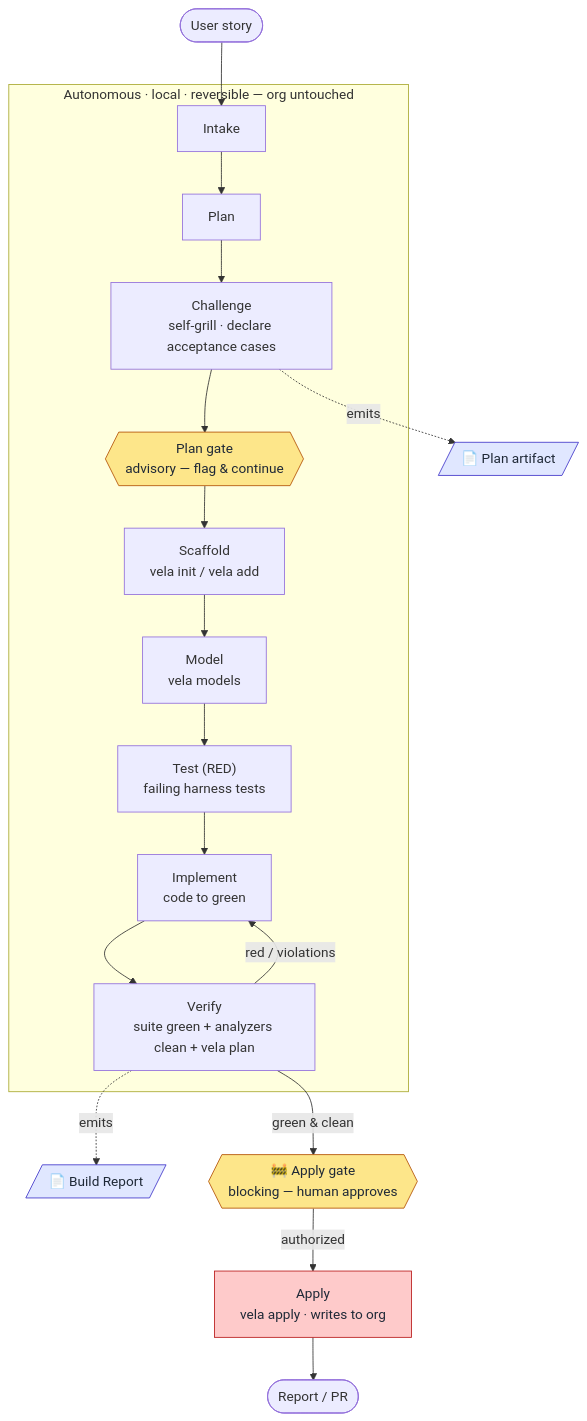
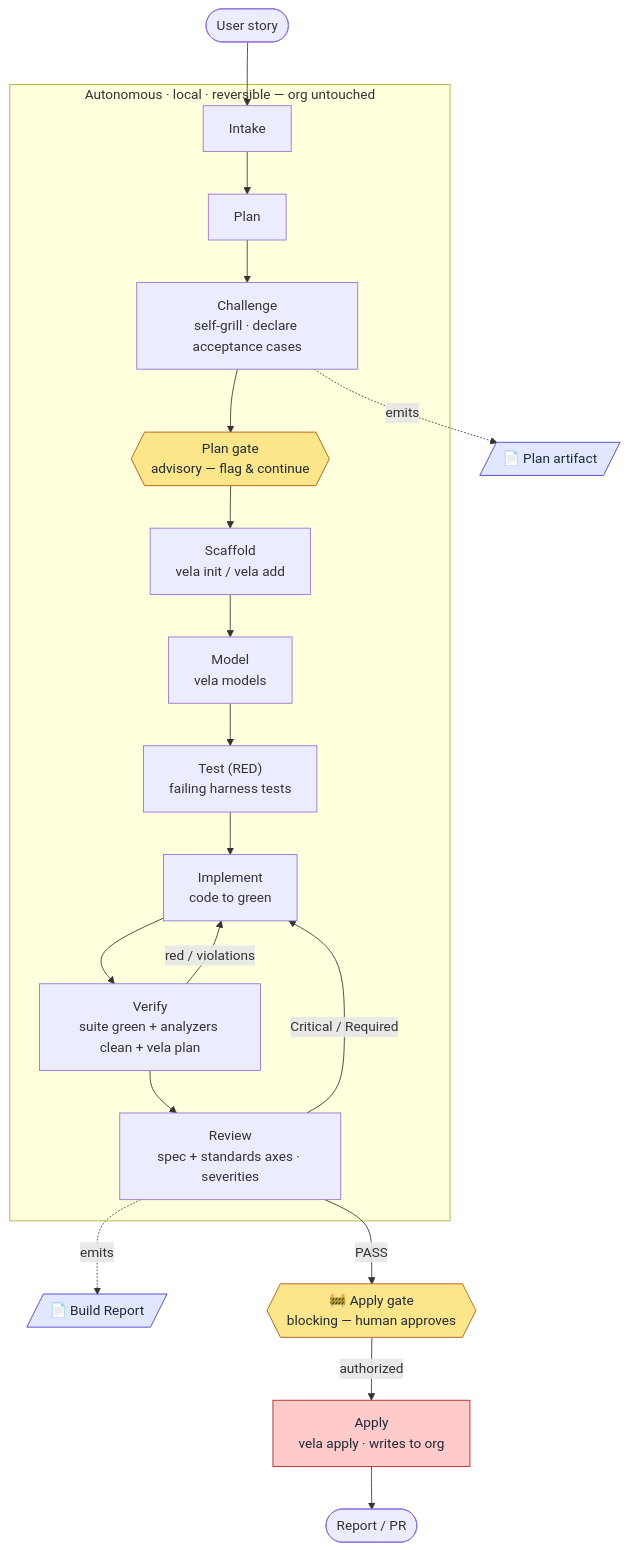
One commit to allandecastro/vela-agentic changed the diagram in README.md. Above: the diagram before and after it, drawn with Mermaid. The commit also changed other lines of this file and 31 other files, not shown here.

First line of the commit message:
feat: add code-review gate + trigger-only descriptions + claim->proof table

````diff
--- a/README.md
+++ b/README.md
@@ -44,37 +44,40 @@
 ```mermaid
 flowchart TD
     US([User story]) --> I[Intake]
     I --> P[Plan]
     P --> C["Challenge<br/>self-grill · declare acceptance cases"]
     C -. emits .-> PA[/"📄 Plan artifact"/]
     C --> G1{{"Plan gate<br/>advisory — flag &amp; continue"}}
     G1 --> S["Scaffold<br/>vela init / vela add"]
     S --> M["Model<br/>vela models"]
     M --> T["Test (RED)<br/>failing harness tests"]
     T --> IM["Implement<br/>code to green"]
     IM --> V["Verify<br/>suite green + analyzers clean + vela plan"]
     V -->|red / violations| IM
-    V -. emits .-> BR[/"📄 Build Report"/]
-    V -->|green &amp; clean| G2{{"🚧 Apply gate<br/>blocking — human approves"}}
+    V --> RV["Review<br/>spec + standards axes · severities"]
+    RV -->|Critical / Required| IM
+    RV -. emits .-> BR[/"📄 Build Report"/]
+    RV -->|PASS| G2{{"🚧 Apply gate<br/>blocking — human approves"}}
     G2 -->|authorized| AP["Apply<br/>vela apply · writes to org"]
     AP --> R([Report / PR])
 
     subgraph LOCAL ["Autonomous · local · reversible — org untouched"]
         I
         P
         C
         G1
         S
         M
         T
         IM
         V
+        RV
     end
 
     classDef gate fill:#fde68a,stroke:#b45309,color:#1f2937;
     classDef org fill:#fecaca,stroke:#b91c1c,color:#1f2937;
     classDef art fill:#e0e7ff,stroke:#4338ca,color:#1f2937;
     class G1,G2 gate
     class AP org
     class PA,BR art
 ```
````
